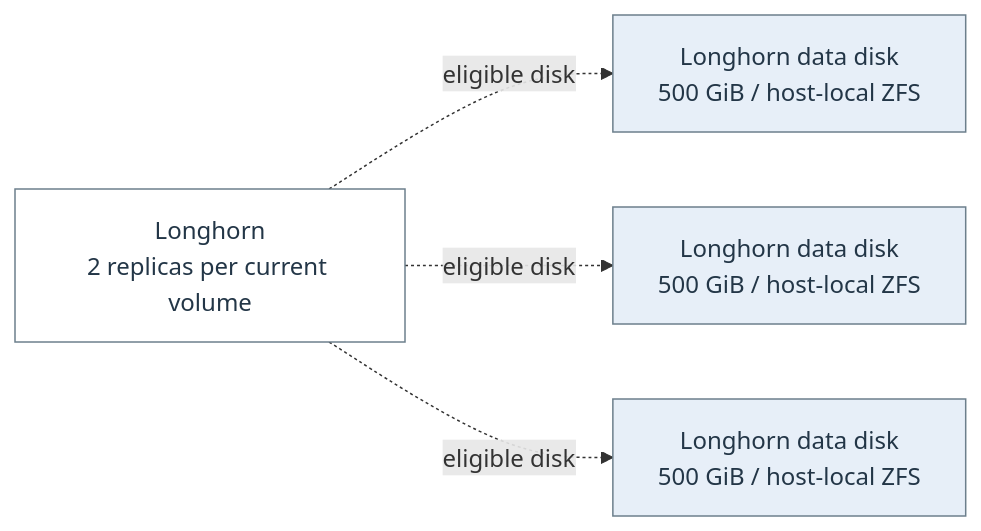
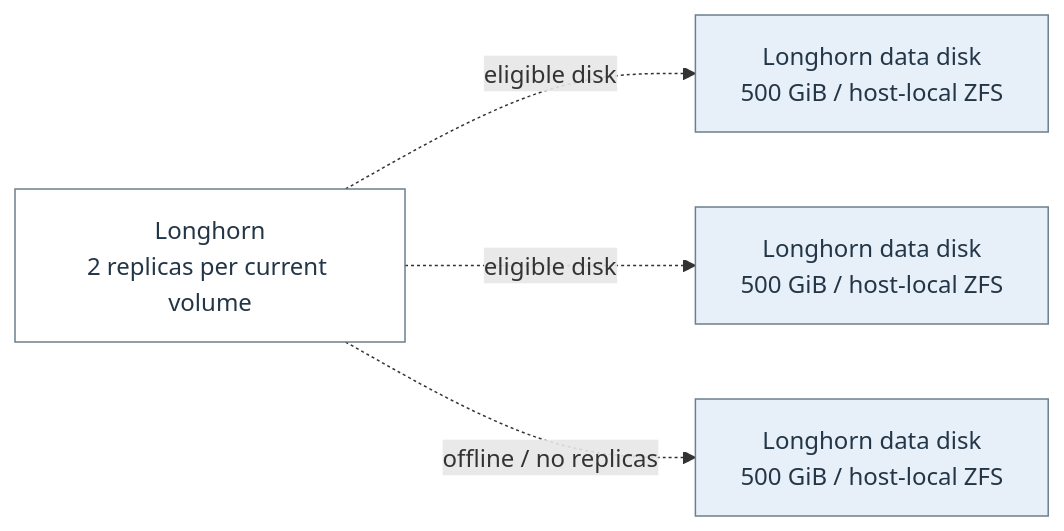
One commit to Harsh-2002/Homelab changed the diagram in docs/architecture/flow-19.mmd. Above: the diagram before and after it, drawn with Mermaid. The commit also changed 27 other files, not shown here.

```diff
--- a/docs/architecture/flow-19.mmd
+++ b/docs/architecture/flow-19.mmd
@@ -1,12 +1,12 @@
 flowchart LR
   n_flow_19_0["Longhorn<br/>2 replicas per current volume"]
   n_flow_19_1["Longhorn data disk<br/>500 GiB / host-local ZFS"]
   n_flow_19_2["Longhorn data disk<br/>500 GiB / host-local ZFS"]
   n_flow_19_3["Longhorn data disk<br/>500 GiB / host-local ZFS"]
   n_flow_19_0 -.->|"eligible disk"| n_flow_19_1
   n_flow_19_0 -.->|"eligible disk"| n_flow_19_2
-  n_flow_19_0 -.->|"eligible disk"| n_flow_19_3
+  n_flow_19_0 -.->|"offline / no replicas"| n_flow_19_3
   classDef c_flow_19_0 fill:#ffffff,stroke:#6c7f8c,color:#233647;
   class n_flow_19_0 c_flow_19_0;
   classDef c_flow_19_1 fill:#e7eff8,stroke:#6c7f8c,color:#233647;
   class n_flow_19_1,n_flow_19_2,n_flow_19_3 c_flow_19_1;
```
